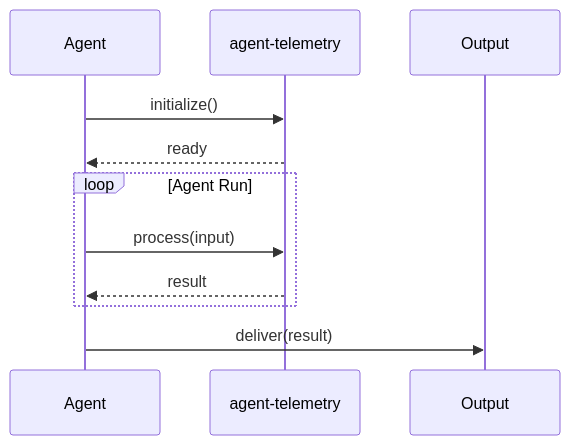
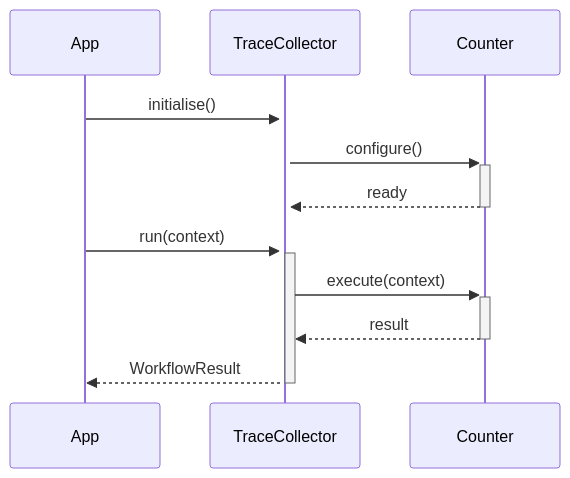
Before and after one commit to darshjme/agent-telemetry: the second of 2 diagrams in README.md, drawn with Mermaid. The commit also changed other lines of this file and 1 other file, not shown here.

````diff
--- a/README.md
+++ b/README.md
@@ -72,16 +88,14 @@
 ```mermaid
 sequenceDiagram
-    participant Agent
-    participant AgentTelemetry as agent-telemetry
-    participant Output
+    participant App
+    participant TraceCollector
+    participant Counter
 
-    Agent->>AgentTelemetry: initialize()
-    AgentTelemetry-->>Agent: ready
-
-    loop Agent Run
-        Agent->>AgentTelemetry: process(input)
-        AgentTelemetry-->>Agent: result
-    end
-
-    Agent->>Output: deliver(result)
+    App->>+TraceCollector: initialise()
+    TraceCollector->>+Counter: configure()
+    Counter-->>-TraceCollector: ready
+    App->>+TraceCollector: run(context)
+    TraceCollector->>+Counter: execute(context)
+    Counter-->>-TraceCollector: result
+    TraceCollector-->>-App: WorkflowResult
 ```
````
